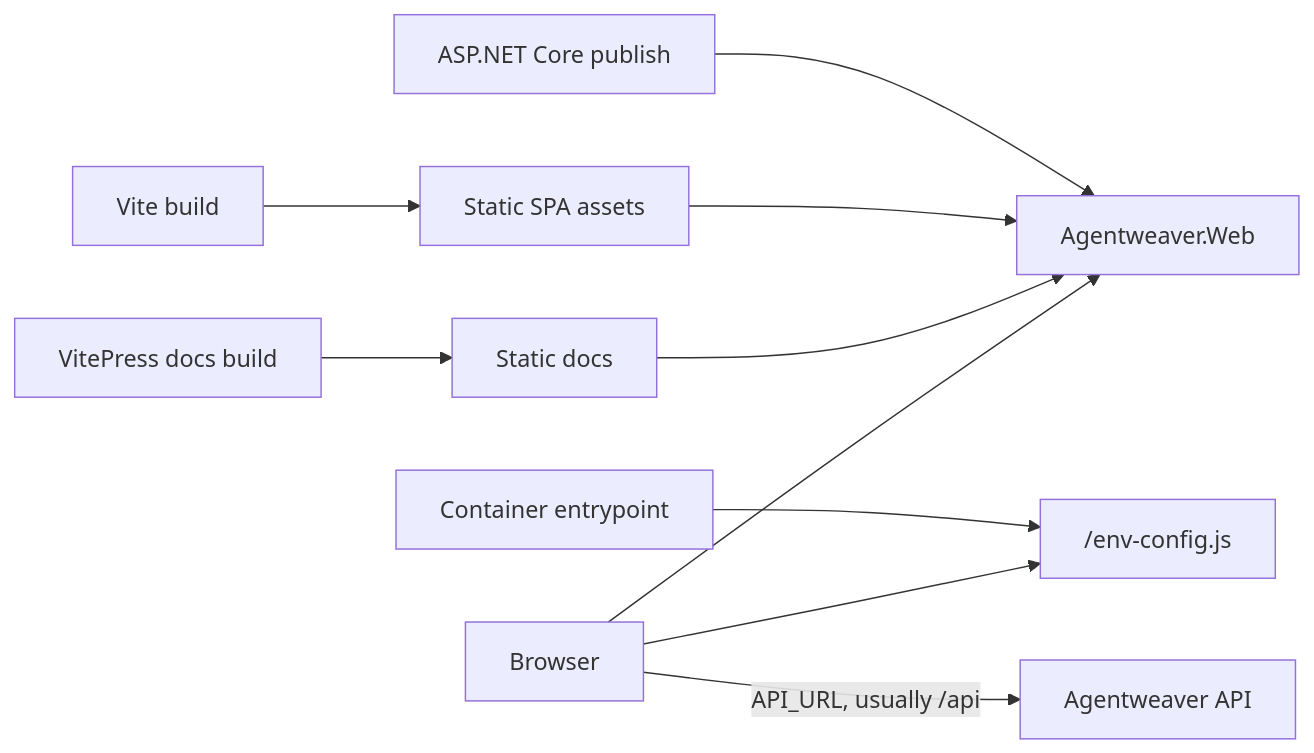
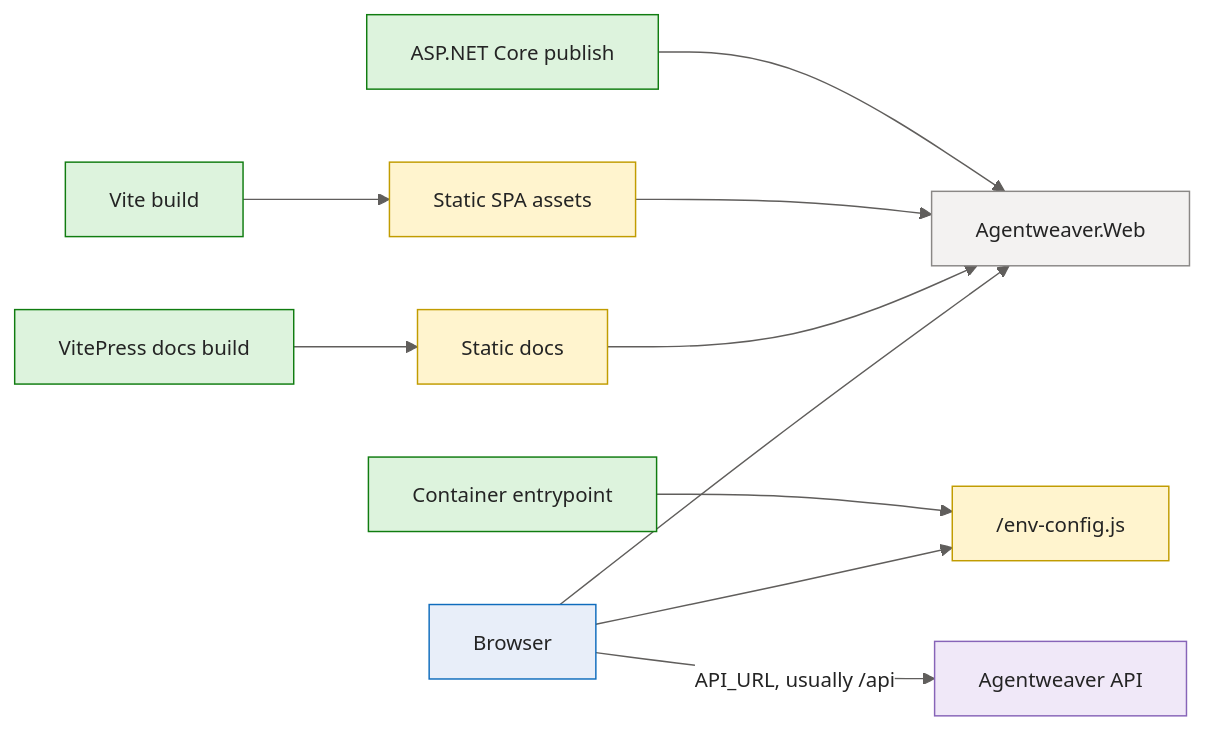
One commit to sabbour/agentweaver changed the third of 7 diagrams in docs/deep-dive/frontend.md. Above: the diagram before and after it, drawn with Mermaid. The commit also changed other lines of this file and 13 other files, not shown here.

````diff
--- a/docs/deep-dive/frontend.md
+++ b/docs/deep-dive/frontend.md
@@ -182,12 +239,27 @@
 ```mermaid
+%%{init: {'theme':'base','themeVariables':{'fontFamily':'Segoe UI, system-ui, -apple-system, sans-serif','fontSize':'14px','primaryColor':'#E8EEF9','primaryBorderColor':'#0F6CBD','primaryTextColor':'#242424','lineColor':'#605E5C','clusterBkg':'#FAF9F8','clusterBorder':'#D2D0CE','edgeLabelBackground':'#FFFFFF'}}}%%
 flowchart LR
     Build[Vite build] --> Dist[Static SPA assets]
     Docs[VitePress docs build] --> DocsDist[Static docs]
     Publish[ASP.NET Core publish] --> Host[Agentweaver.Web]
     Dist --> Host
     DocsDist --> Host
     Entrypoint[Container entrypoint] --> EnvConfig["/env-config.js"]
     Browser[Browser] --> Host
     Browser --> EnvConfig
     Browser -->|API_URL, usually /api| API[Agentweaver API]
+
+    classDef client fill:#E8EEF9,stroke:#0F6CBD,stroke-width:1px,color:#242424;
+    classDef svc fill:#F3F2F1,stroke:#8A8886,stroke-width:1px,color:#242424;
+    classDef core fill:#CFE4FA,stroke:#0F6CBD,stroke-width:2px,color:#242424;
+    classDef data fill:#FFF4CE,stroke:#C19C00,stroke-width:1px,color:#242424;
+    classDef ext fill:#F0E8F8,stroke:#8764B8,stroke-width:1px,color:#242424;
+    classDef runtime fill:#DDF3DD,stroke:#107C10,stroke-width:1px,color:#242424;
+    classDef evt fill:#D6F0F0,stroke:#038387,stroke-width:1px,color:#242424;
+
+    class Build,Docs,Publish,Entrypoint runtime;
+    class Dist,DocsDist,EnvConfig data;
+    class Host svc;
+    class Browser client;
+    class API ext;
 ```
````
